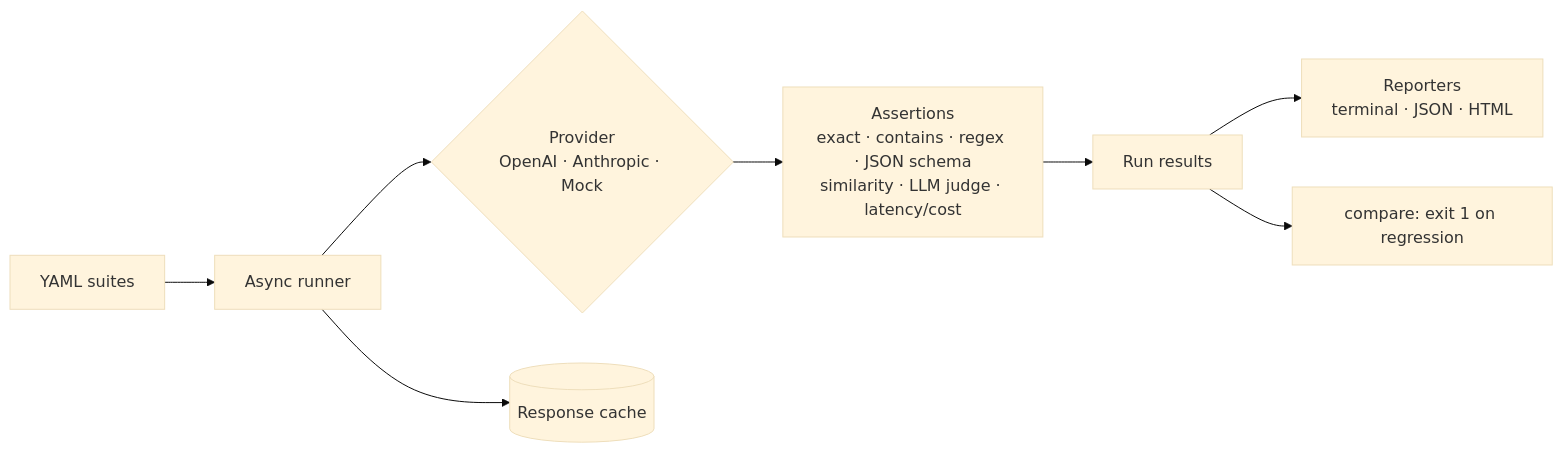
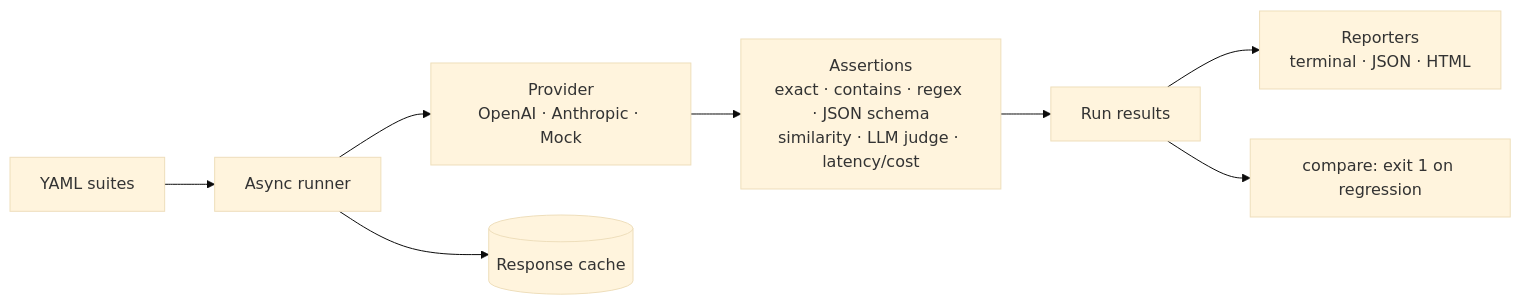
Before and after one commit to SmitHunter/llm-regress: the diagram in README.md, drawn with Mermaid (base theme).

Commit message:
Use rectangle mermaid nodes so GitHub can render the diagram
The spec diamond for Provider left an empty mermaid box on github.com.
Square nodes keep the same labels and render locally.

````diff
--- a/README.md
+++ b/README.md
@@ -256,10 +256,10 @@
 ```mermaid
 flowchart LR
     Y[YAML suites] --> R[Async runner]
-    R --> P{Provider<br/>OpenAI · Anthropic · Mock}
+    R --> P[Provider<br/>OpenAI · Anthropic · Mock]
     R --> C[(Response cache)]
     P --> A[Assertions<br/>exact · contains · regex · JSON schema<br/>similarity · LLM judge · latency/cost]
     A --> Res[Run results]
     Res --> Rep[Reporters<br/>terminal · JSON · HTML]
     Res --> Cmp[compare: exit 1 on regression]
 ```
````
